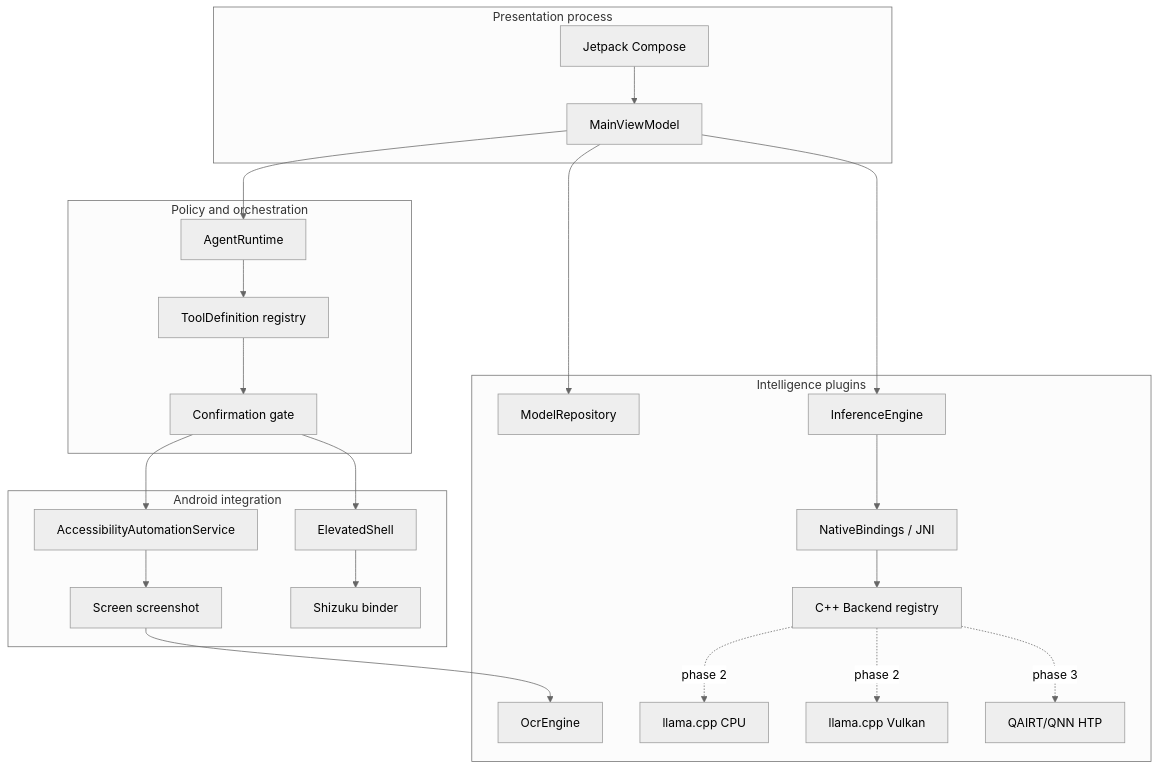
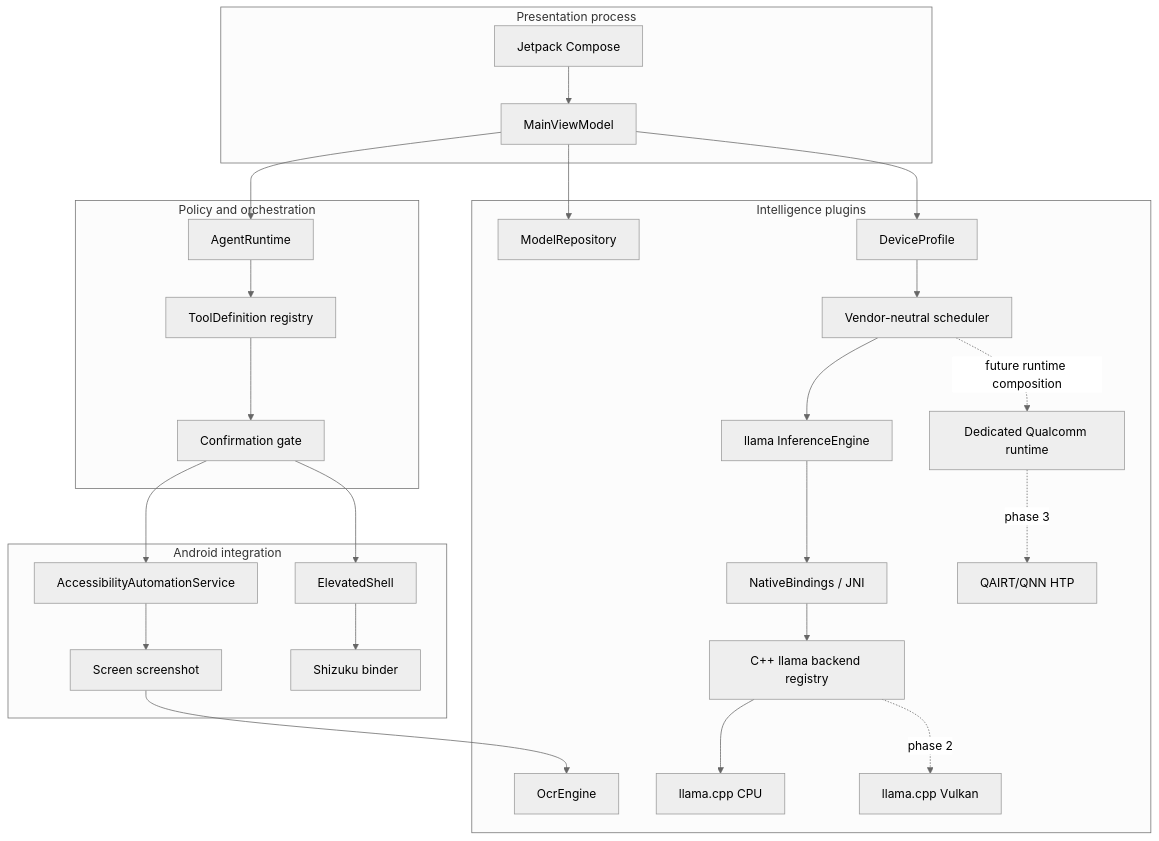
One commit to soobujmiah/lai changed the first of 2 diagrams in docs/ARCHITECTURE.md. Above: the diagram before and after it, drawn with Mermaid (neutral theme). The commit also changed other lines of this file and 32 other files, not shown here.

Commit message:
refactor(runtime): isolate vendor backend architecture

````diff
--- a/docs/ARCHITECTURE.md
+++ b/docs/ARCHITECTURE.md
@@ -13,47 +13,52 @@
 ```mermaid
 flowchart TB
   subgraph Presentation[Presentation process]
     UI[Jetpack Compose]
     VM[MainViewModel]
     UI --> VM
   end
 
   subgraph Orchestration[Policy and orchestration]
     AR[AgentRuntime]
     TC[ToolDefinition registry]
     CG[Confirmation gate]
     AR --> TC
     TC --> CG
   end
 
   subgraph Android[Android integration]
     AS[AccessibilityAutomationService]
     SS[Screen screenshot]
     SH[ElevatedShell]
     SZ[Shizuku binder]
     AS --> SS
     SH --> SZ
   end
 
   subgraph Intelligence[Intelligence plugins]
     MR[ModelRepository]
     OE[OcrEngine]
-    IE[InferenceEngine]
+    DP[DeviceProfile]
+    IS[Vendor-neutral scheduler]
+    IE[llama InferenceEngine]
     JNI[NativeBindings / JNI]
-    BR[C++ Backend registry]
+    BR[C++ llama backend registry]
     CPU[llama.cpp CPU]
     VK[llama.cpp Vulkan]
+    QR[Dedicated Qualcomm runtime]
     QNN[QAIRT/QNN HTP]
+    DP --> IS --> IE
     IE --> JNI --> BR
-    BR -. phase 2 .-> CPU
+    BR --> CPU
     BR -. phase 2 .-> VK
-    BR -. phase 3 .-> QNN
+    IS -. future runtime composition .-> QR
+    QR -. phase 3 .-> QNN
   end
 
   VM --> AR
   VM --> MR
-  VM --> IE
+  VM --> DP
   CG --> AS
   CG --> SH
   SS --> OE
 ```
````
